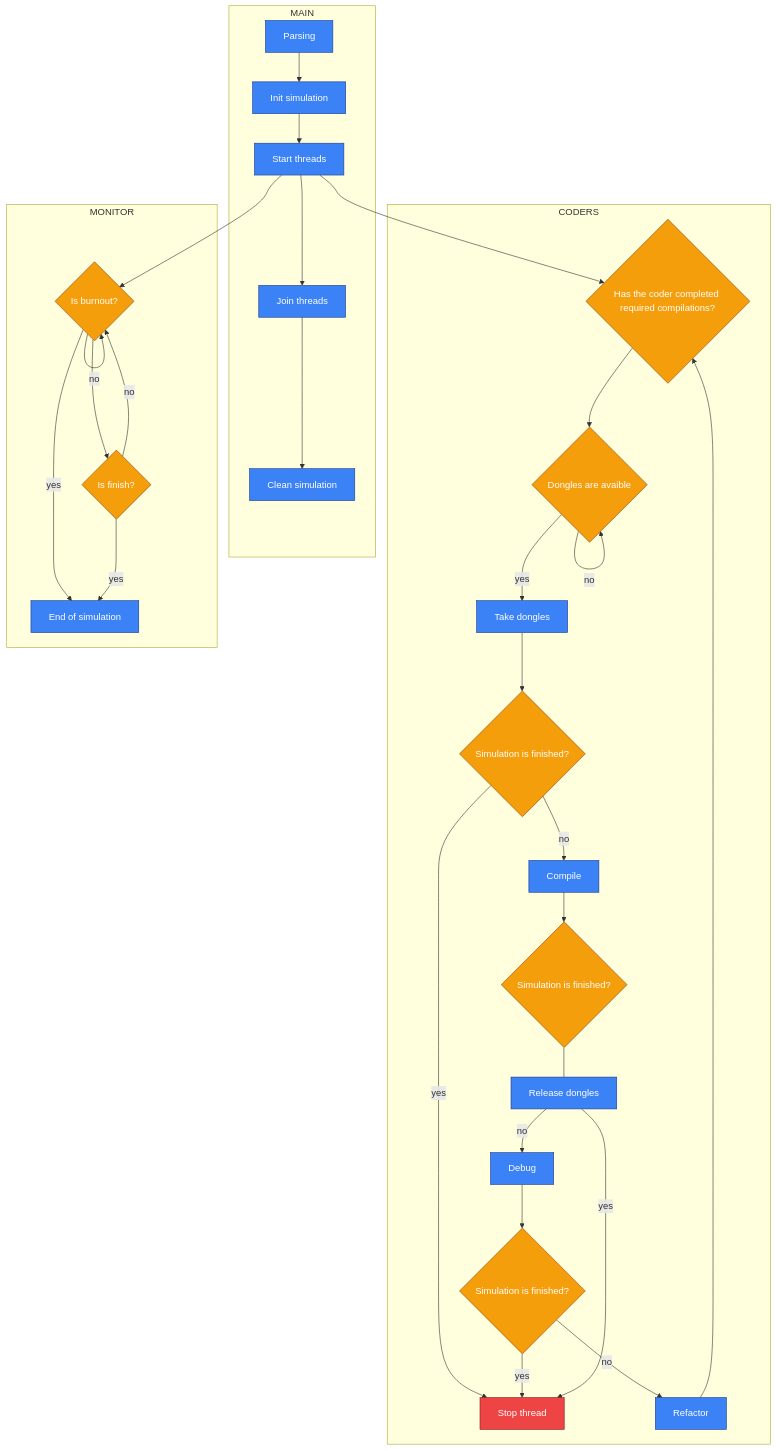
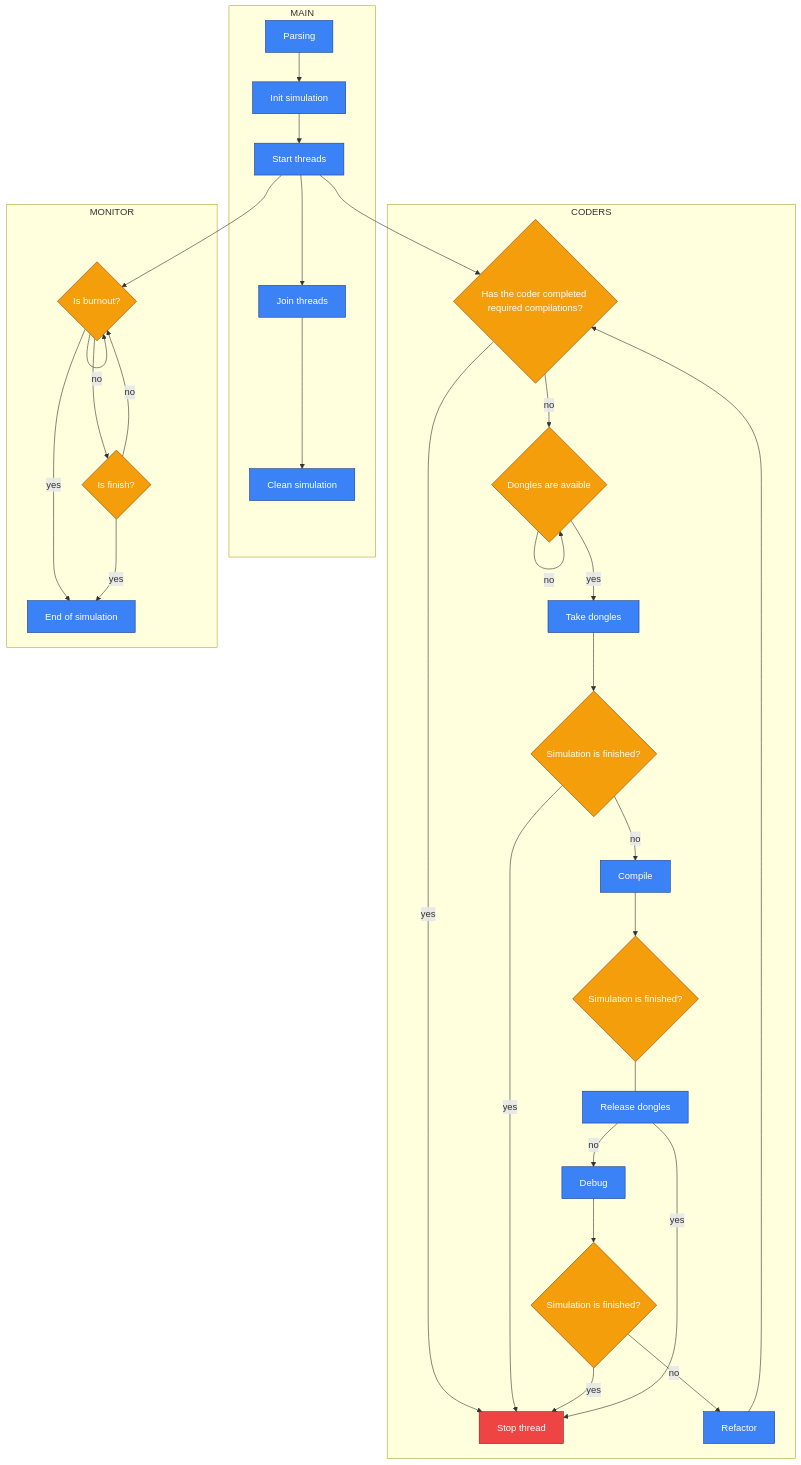
Before and after one commit to MinePopTheReal/Codexion: the diagram in README.md, drawn with Mermaid.

Commit message:
I fix readme

````diff
--- a/README.md
+++ b/README.md
@@ -77,65 +77,66 @@
 ```mermaid
 flowchart TD
 subgraph MAIN
 B[Parsing]
 B --> C[Init simulation]
 C --> D[Start threads]
 D --> X[Join threads]
 X --> Y[Clean simulation]
 end
 
 %% CODERS
 subgraph CODERS
 H1{Simulation is finished?}
 H2{Simulation is finished?}
 H3{Simulation is finished?}
 
 I{Has the coder completed required compilations?}
 
 Z[Stop thread]
 
-J{Dongles are avaible}
 K[Take dongles]
 L[Compile] --> H2
 M[Debug] --> H3
 N[Refactor] --> I
 O[Release dongles]
+
+I --> |no|J{Dongles are avaible}
+I --> |yes| Z
 
 J --> |no| J
 J --> |yes| K
 
 H2 --- O
 H1 --> |yes| Z
 H3 --> |yes| Z
 H1 --> |no| L
 H3 --> |no| N
 
 O --> |no| M
 O --> |yes| Z
 end
 
 %% MONITOR
 subgraph MONITOR
 D --> R{Is burnout?}
 R --> S{Is finish?}
 R -->|yes| T[End of simulation]
 S -->|no| R
 R -->|no| R
 S -->|yes| T
 end
 
 %% STYLES
 classDef main fill:#1e1e2f,color:#fff,stroke:#ffffff
 classDef process fill:#3b82f6,color:#fff,stroke:#1e3a8a
 classDef decision fill:#f59e0b,color:#fff,stroke:#92400e
 classDef alert fill:#ef4444,color:#fff,stroke:#7f1d1d
 class A main
 class B,C,D,E,F,G,K,L,M,N,O,P,Q,T,X,Y process
 class H1,H2,H3,I,J,R,S decision
 
 class Z alert
 
 D --> I
 K --> H1
-I --> J
 ```
````
